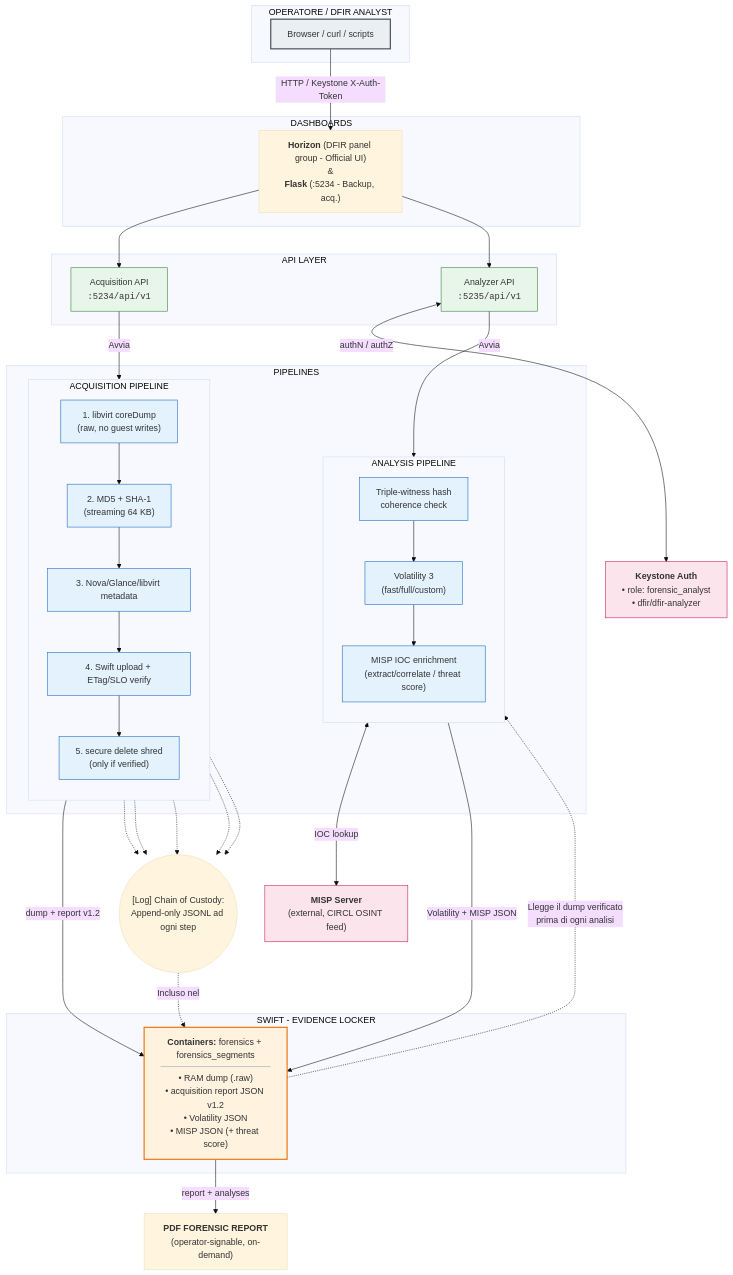
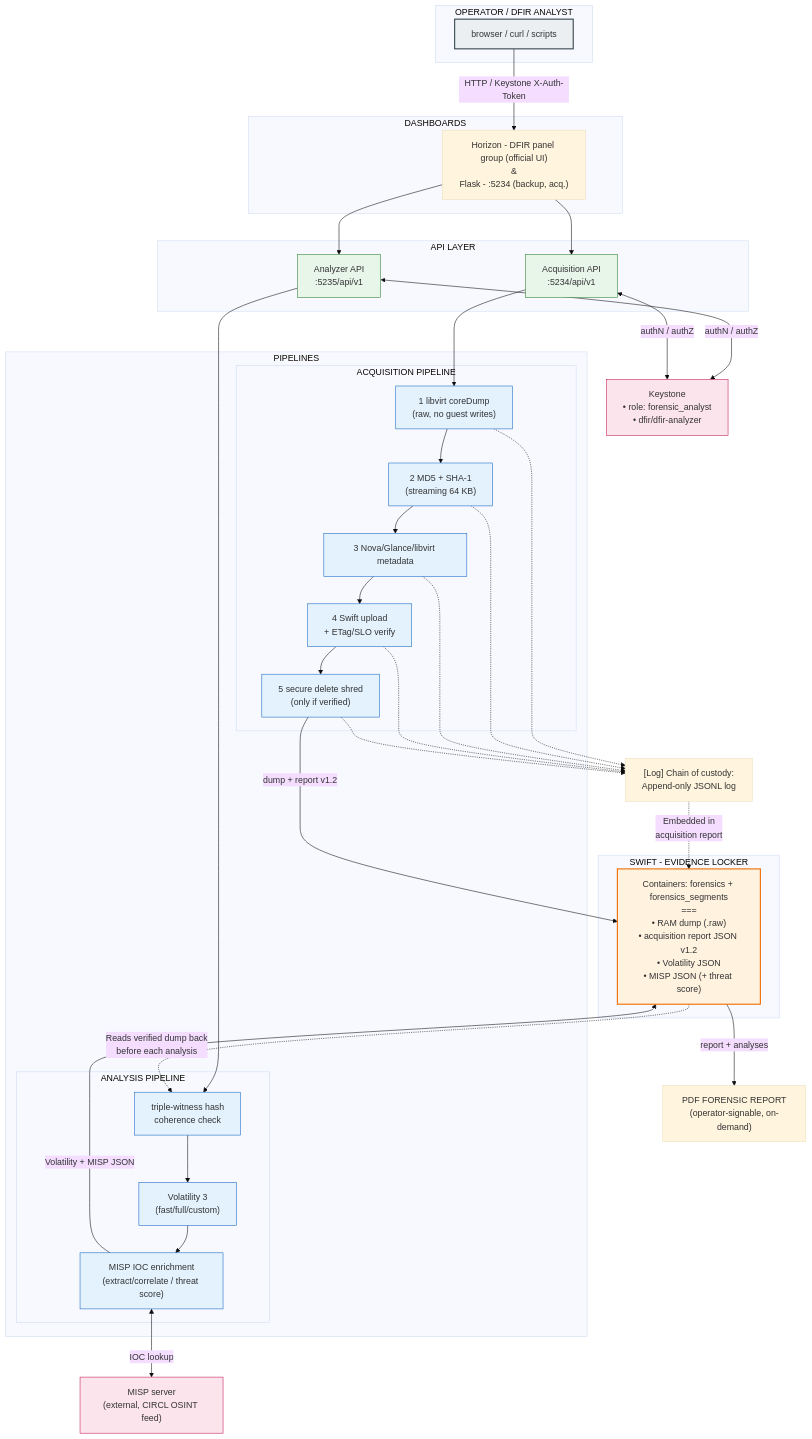
The diagram in README.md (numdav/forensicnova), drawn with Mermaid (base theme) before and after one commit.

Commit message:
Revise README for clarity and consistency
Updated the README to improve clarity and consistency in the documentation, including changes to the flowchart and descriptions of various components.

````diff
--- a/README.md
+++ b/README.md
@@ -53,88 +53,95 @@
 ```mermaid
 flowchart TD
-    %% Stili generali
+    %% Style Definitions
     classDef actor fill:#eceff1,stroke:#37474f,stroke-width:2px;
     classDef api fill:#e8f5e9,stroke:#2e7d32,stroke-width:1px;
     classDef pipe fill:#e3f2fd,stroke:#1565c0,stroke-width:1px;
     classDef storage fill:#fff3e0,stroke:#ef6c00,stroke-width:2px;
     classDef external fill:#fce4ec,stroke:#c2185b,stroke-width:1px;
 
-    %% Livello Utente / Operatore
-    subgraph OPERATOR_LAYER ["OPERATORE / DFIR ANALYST"]
-        Op[Browser / curl / scripts]
+    %% Operator Layer
+    subgraph OPERATOR_LAYER ["OPERATOR / DFIR ANALYST"]
+        Op["browser / curl / scripts"]
     end
     class Op actor;
 
-    %% Livello Dashboard
-    subgraph DASHBOARDS ["DASHBOARDS"]
-        DB["<b>Horizon</b> (DFIR panel group - Official UI)<br>&<br><b>Flask</b> (:5234 - Backup, acq.)"]
+    %% Dashboards Layer
+    subgraph DASHBOARDS_LAYER ["DASHBOARDS"]
+        DB["Horizon - DFIR panel group (official UI)<br>&<br>Flask - :5234 (backup, acq.)"]
     end
 
     Op -->|HTTP / Keystone X-Auth-Token| DB
 
-    %% Livello API e Autenticazione
+    %% API & Auth Layer
     subgraph API_LAYER ["API LAYER"]
-        AcqAPI["Acquisition API<br><code>:5234/api/v1</code>"]
-        AnAPI["Analyzer API<br><code>:5235/api/v1</code>"]
+        AcqAPI["Acquisition API<br>:5234/api/v1"]
+        AnAPI["Analyzer API<br>:5235/api/v1"]
     end
     class AcqAPI,AnAPI api;
 
     DB --> AcqAPI
     DB --> AnAPI
 
-    Keystone["<b>Keystone Auth</b><br>• role: forensic_analyst<br>• dfir/dfir-analyzer"]
+    Keystone["Keystone<br>• role: forensic_analyst<br>• dfir/dfir-analyzer"]
     class Keystone external;
     AnAPI <-->|authN / authZ| Keystone
+    AcqAPI <-->|authN / authZ| Keystone
 
-    %% Pipeline di Acquisizione e Analisi
+    %% Pipelines Layer
     subgraph PIPELINES ["PIPELINES"]
         subgraph ACQ_PIPE ["ACQUISITION PIPELINE"]
-            direction TB
-            P1["1. libvirt coreDump<br>(raw, no guest writes)"] --> 
-            P2["2. MD5 + SHA-1<br>(streaming 64 KB)"] --> 
-            P3["3. Nova/Glance/libvirt metadata"] --> 
-            P4["4. Swift upload + ETag/SLO verify"] --> 
-            P5["5. secure delete shred<br>(only if verified)"]
+            P1["1 libvirt coreDump<br>(raw, no guest writes)"]
+            P2["2 MD5 + SHA-1<br>(streaming 64 KB)"]
+            P3["3 Nova/Glance/libvirt metadata"]
+            P4["4 Swift upload<br>+ ETag/SLO verify"]
+            P5["5 secure delete shred<br>(only if verified)"]
+            
+            P1 --> P2
+            P2 --> P3
+            P3 --> P4
+            P4 --> P5
         end
         
         subgraph AN_PIPE ["ANALYSIS PIPELINE"]
-            direction TB
-            A1["Triple-witness hash<br>coherence check"] --> 
-            A2["Volatility 3<br>(fast/full/custom)"] --> 
+            A1["triple-witness hash<br>coherence check"]
+            A2["Volatility 3<br>(fast/full/custom)"]
             A3["MISP IOC enrichment<br>(extract/correlate / threat score)"]
+            
+            A1 --> A2
+            A2 --> A3
         end
     end
     class P1,P2,P3,P4,P5,A1,A2,A3 pipe;
 
-    AcqAPI -->|Avvia| P1
-    AnAPI -->|Avvia| A1
+    AcqAPI --> P1
+    AnAPI --> A1
 
-    MISP["<b>MISP Server</b><br>(external, CIRCL OSINT feed)"]
+    MISP["MISP server<br>(external, CIRCL OSINT feed)"]
     class MISP external;
     A3 <-->|IOC lookup| MISP
 
-    %% Livello Storage (Evidence Locker)
+    %% Storage Layer (Evidence Locker)
     subgraph SWIFT_LAYER ["SWIFT - EVIDENCE LOCKER"]
-        Swift["<b>Containers:</b> forensics + forensics_segments<br><hr>• RAM dump (.raw)<br>• acquisition report JSON v1.2<br>• Volatility JSON<br>• MISP JSON (+ threat score)"]
+        Swift["Containers: forensics + forensics_segments<br>===<br>• RAM dump (.raw)<br>• acquisition report JSON v1.2<br>• Volatility JSON<br>• MISP JSON (+ threat score)"]
     end
     class Swift storage;
 
     P5 -->|dump + report v1.2| Swift
     A3 -->|Volatility + MISP JSON| Swift
     
-    %% Nota di lettura (Footnote 1)
-    Swift -.->|Llegge il dump verificato<br>prima di ogni analisi| A1
+    %% Footnote 1
+    Swift -.->|Reads verified dump back<br>before each analysis| A1
 
-    %% Output Finale
-    PDF["<b>PDF FORENSIC REPORT</b><br>(operator-signable, on-demand)"]
+    %% Final Output
+    PDF["PDF FORENSIC REPORT<br>(operator-signable, on-demand)"]
     Swift -->|report + analyses| PDF
 
-    %% Rappresentazione Chain of Custody
-    CoC(("[Log] Chain of Custody:<br>Append-only JSONL ad ogni step"))
+    %% Chain of Custody Log
+    CoC["[Log] Chain of custody:<br>Append-only JSONL log"]
     P1 -.-> CoC
     P2 -.-> CoC
     P3 -.-> CoC
     P4 -.-> CoC
     P5 -.-> CoC
-    CoC -.->|Incluso nel| Swift
+    CoC -.->|Embedded in<br>acquisition report| Swift
 ```
````
